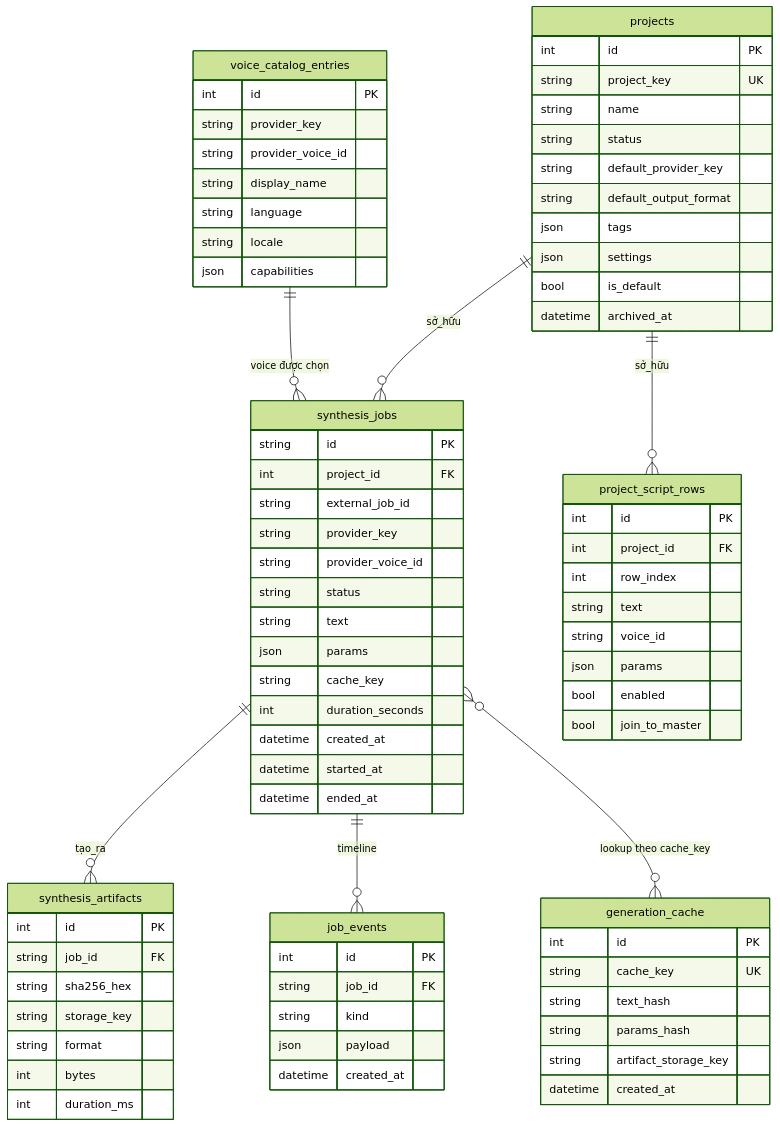
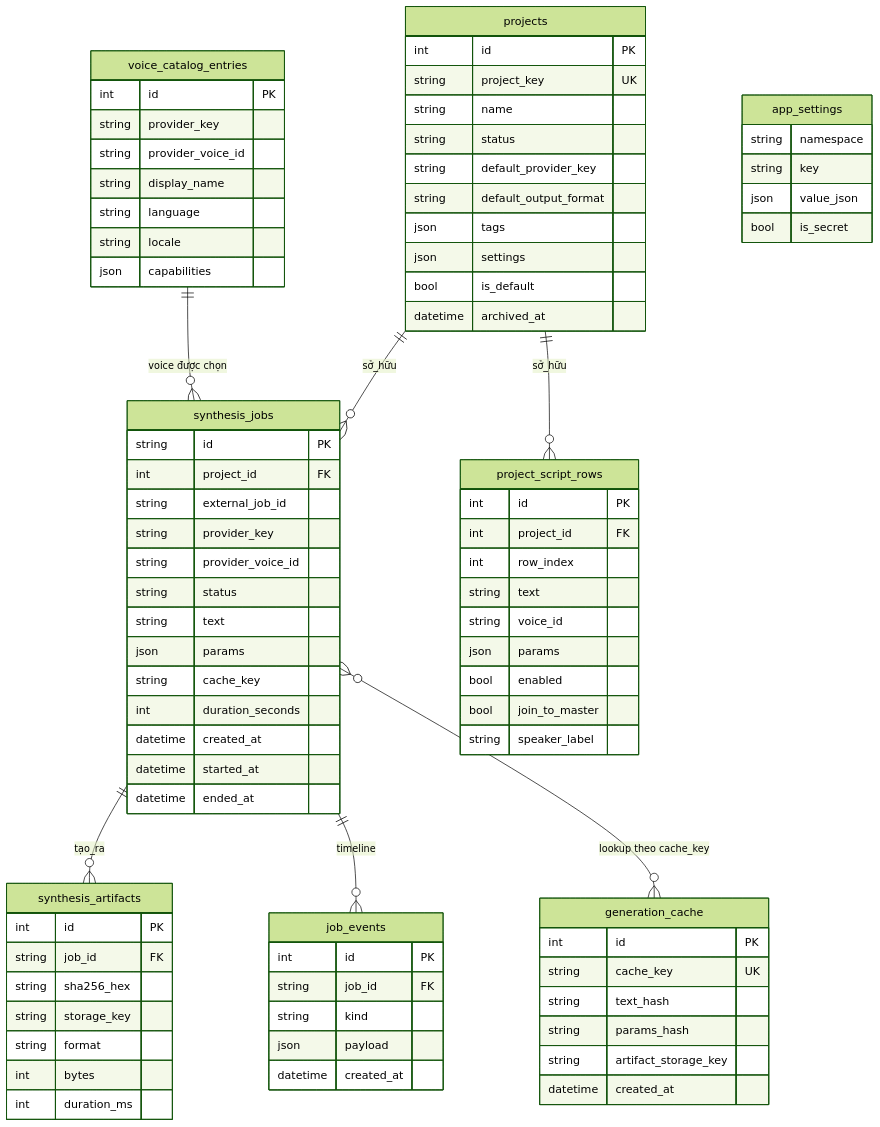
One commit to truongqv12/ntd_audio changed the diagram in docs/vi/database.md. Above: the diagram before and after it, drawn with Mermaid (forest theme). The commit also changed other lines of this file and 9 other files, not shown here.

First line of the commit message:
docs: sync feature-map / api / database / architecture with shipped surface

````diff
--- a/docs/vi/database.md
+++ b/docs/vi/database.md
@@ -20,6 +20,12 @@
   synthesis_jobs ||--o{ synthesis_artifacts : tạo_ra
   synthesis_jobs ||--o{ job_events : timeline
   synthesis_jobs }o--o{ generation_cache : "lookup theo cache_key"
+  app_settings {
+    string namespace
+    string key
+    json value_json
+    bool is_secret
+  }
 
   projects {
     int id PK
@@ -90,5 +96,6 @@
     json params
     bool enabled
     bool join_to_master
+    string speaker_label
   }
 ```
````
